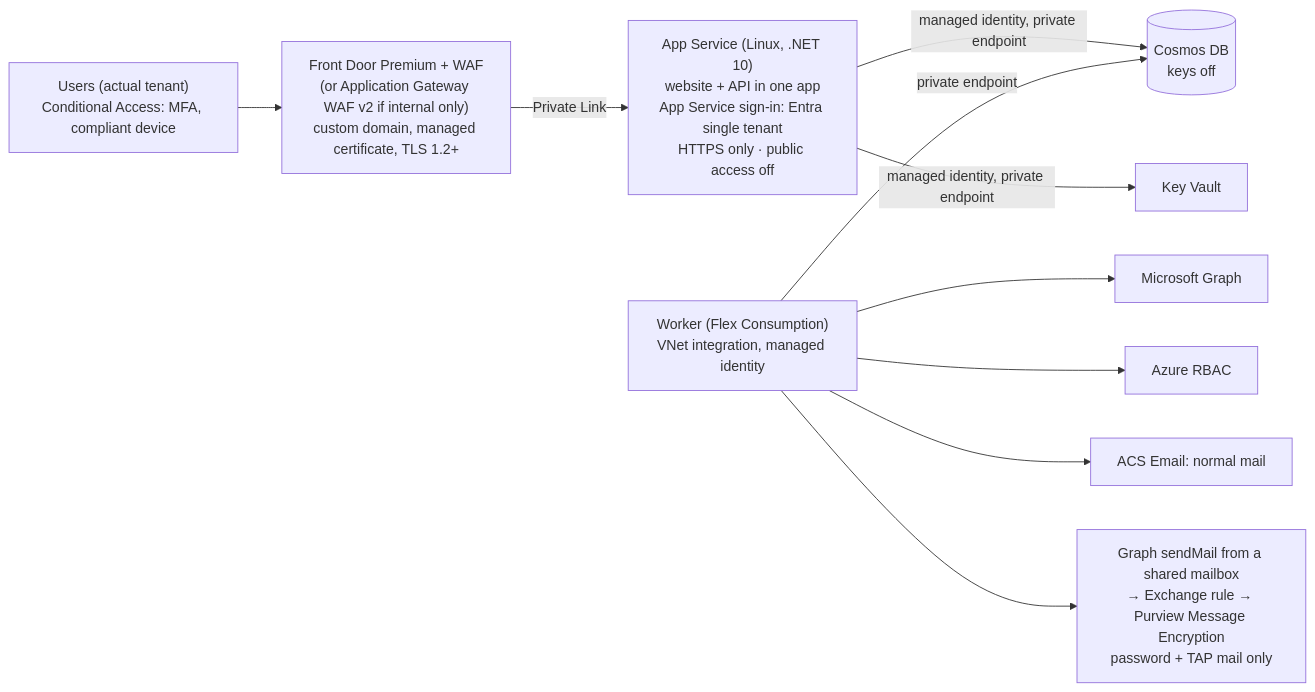
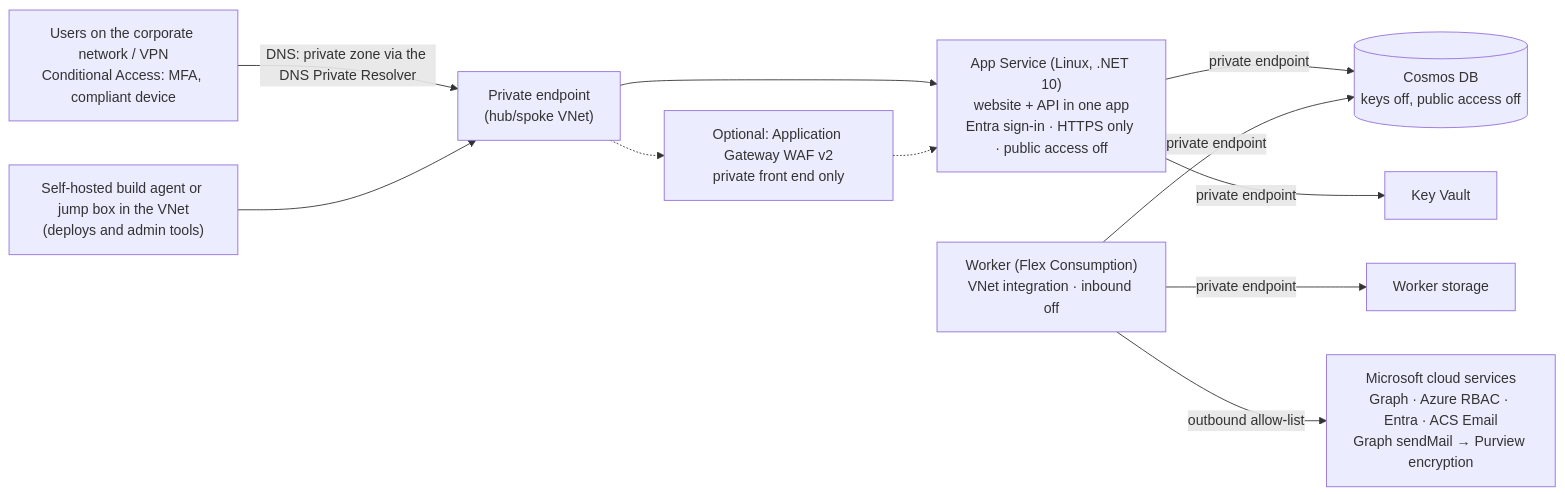
One commit to GopalakrishnanBhaskaran/onboarding-requests changed the diagram in docs/SECURE_HOSTING_AND_MAIL.md. Above: the diagram before and after it, drawn with Mermaid. The commit also changed other lines of this file and 5 other files, not shown here.

First line of the commit message:
Secure hosting: private-endpoint-only access (no Front Door), private DNS, in-VNet deploys, Entra-auth admin tools; prompt A task A12

````diff
--- a/docs/SECURE_HOSTING_AND_MAIL.md
+++ b/docs/SECURE_HOSTING_AND_MAIL.md
@@ -45,12 +45,13 @@
 ```mermaid
 flowchart LR
-  U["Users (actual tenant)<br/>Conditional Access: MFA, compliant device"] --> WAF["Front Door Premium + WAF<br/>(or Application Gateway WAF v2 if internal only)<br/>custom domain, managed certificate, TLS 1.2+"]
-  WAF -- "Private Link" --> APP["App Service (Linux, .NET 10)<br/>website + API in one app<br/>App Service sign-in: Entra single tenant<br/>HTTPS only · public access off"]
-  APP -- "managed identity, private endpoint" --> COSMOS[("Cosmos DB<br/>keys off")]
-  APP -- "managed identity, private endpoint" --> KV["Key Vault"]
-  WRK["Worker (Flex Consumption)<br/>VNet integration, managed identity"] -- "private endpoint" --> COSMOS
-  WRK --> GRAPH["Microsoft Graph"]
-  WRK --> ARM["Azure RBAC"]
-  WRK --> ACS["ACS Email: normal mail"]
-  WRK --> EXO["Graph sendMail from a shared mailbox<br/>→ Exchange rule → Purview Message Encryption<br/>password + TAP mail only"]
+  U["Users on the corporate network / VPN<br/>Conditional Access: MFA, compliant device"] -- "DNS: private zone via the DNS Private Resolver" --> PE["Private endpoint<br/>(hub/spoke VNet)"]
+  PE -.-> AGW["Optional: Application Gateway WAF v2<br/>private front end only"]
+  PE --> APP["App Service (Linux, .NET 10)<br/>website + API in one app<br/>Entra sign-in · HTTPS only · public access off"]
+  AGW -.-> APP
+  APP -- "private endpoint" --> COSMOS[("Cosmos DB<br/>keys off, public access off")]
+  APP -- "private endpoint" --> KV["Key Vault"]
+  WRK["Worker (Flex Consumption)<br/>VNet integration · inbound off"] -- "private endpoint" --> COSMOS
+  WRK -- "private endpoint" --> ST["Worker storage"]
+  WRK -- "outbound allow-list" --> MS["Microsoft cloud services<br/>Graph · Azure RBAC · Entra · ACS Email<br/>Graph sendMail → Purview encryption"]
+  AGENT["Self-hosted build agent or jump box in the VNet<br/>(deploys and admin tools)"] --> PE
 ```
````
